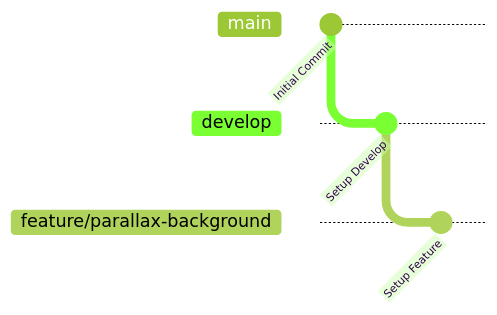
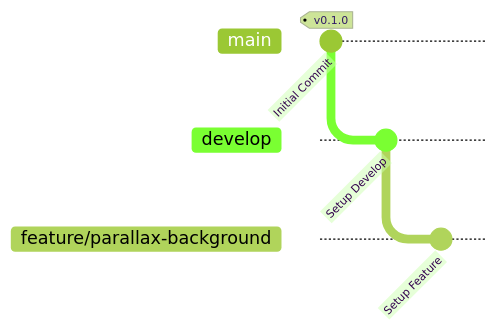
Before and after one commit to haharman/Void-Economy: the diagram in Assets/Documents/Versions.md, drawn with Mermaid (forest theme). The commit also changed other lines of this file and 30 other files, not shown here.

````diff
--- a/Assets/Documents/Versions.md
+++ b/Assets/Documents/Versions.md
@@ -3,10 +56,10 @@
 ```mermaid
 gitGraph
-    commit id: "Initial Commit"
+    commit id: "Initial Commit" tag: "v0.1.0"
     branch develop
     checkout develop
     commit id: "Setup Develop"
     branch feature/parallax-background
     checkout feature/parallax-background
     commit id: "Setup Feature"
 ```
````
